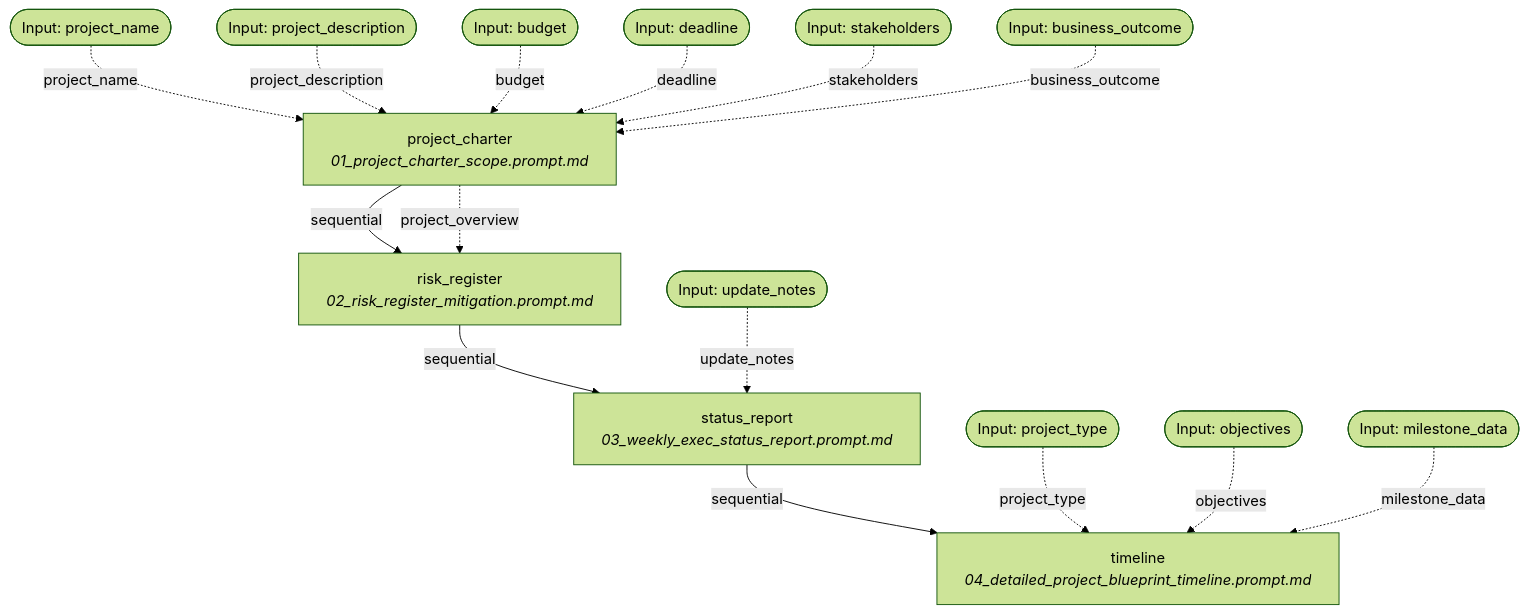
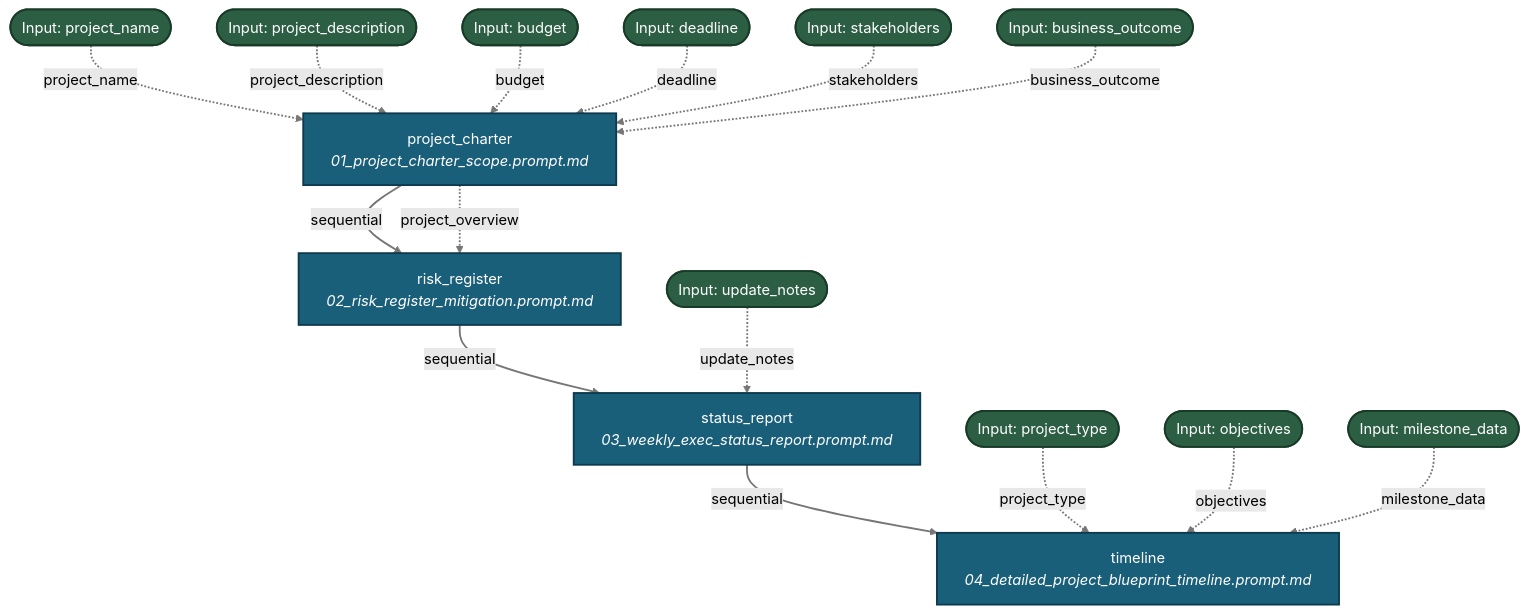
The diagram in docs/workflows/project_management.md (fderuiter/proompts), drawn with Mermaid (forest theme) before and after one commit. The commit also changed 267 other files, not shown here.

````diff
--- a/docs/workflows/project_management.md
+++ b/docs/workflows/project_management.md
@@ -11,31 +11,34 @@
 ```mermaid
 graph TD
-    INPUT_project_name([Input: project_name])
-    INPUT_project_description([Input: project_description])
-    INPUT_budget([Input: budget])
-    INPUT_deadline([Input: deadline])
-    INPUT_stakeholders([Input: stakeholders])
-    INPUT_business_outcome([Input: business_outcome])
-    INPUT_update_notes([Input: update_notes])
-    INPUT_project_type([Input: project_type])
-    INPUT_objectives([Input: objectives])
-    INPUT_milestone_data([Input: milestone_data])
-    project_charter[project_charter<br><i>01_project_charter_scope.prompt.md</i>]
+    classDef stepNode fill:#1a5f7a,stroke:#0d3a4d,stroke-width:2px,color:#ffffff;
+    classDef inputNode fill:#2c5e43,stroke:#183b27,stroke-width:2px,color:#ffffff;
+    INPUT_project_name([Input: project_name]):::inputNode
+    INPUT_project_description([Input: project_description]):::inputNode
+    INPUT_budget([Input: budget]):::inputNode
+    INPUT_deadline([Input: deadline]):::inputNode
+    INPUT_stakeholders([Input: stakeholders]):::inputNode
+    INPUT_business_outcome([Input: business_outcome]):::inputNode
+    INPUT_update_notes([Input: update_notes]):::inputNode
+    INPUT_project_type([Input: project_type]):::inputNode
+    INPUT_objectives([Input: objectives]):::inputNode
+    INPUT_milestone_data([Input: milestone_data]):::inputNode
+    project_charter[project_charter<br><i>01_project_charter_scope.prompt.md</i>]:::stepNode
     INPUT_project_name -. project_name .-> project_charter
     INPUT_project_description -. project_description .-> project_charter
     INPUT_budget -. budget .-> project_charter
     INPUT_deadline -. deadline .-> project_charter
     INPUT_stakeholders -. stakeholders .-> project_charter
     INPUT_business_outcome -. business_outcome .-> project_charter
     project_charter -->|sequential| risk_register
-    risk_register[risk_register<br><i>02_risk_register_mitigation.prompt.md</i>]
+    risk_register[risk_register<br><i>02_risk_register_mitigation.prompt.md</i>]:::stepNode
     project_charter -. project_overview .-> risk_register
     risk_register -->|sequential| status_report
-    status_report[status_report<br><i>03_weekly_exec_status_report.prompt.md</i>]
+    status_report[status_report<br><i>03_weekly_exec_status_report.prompt.md</i>]:::stepNode
     INPUT_update_notes -. update_notes .-> status_report
     status_report -->|sequential| timeline
-    timeline[timeline<br><i>04_detailed_project_blueprint_timeline.prompt.md</i>]
+    timeline[timeline<br><i>04_detailed_project_blueprint_timeline.prompt.md</i>]:::stepNode
     INPUT_project_type -. project_type .-> timeline
     INPUT_objectives -. objectives .-> timeline
     INPUT_milestone_data -. milestone_data .-> timeline
+    linkStyle default stroke:#767676,stroke-width:2px;
 ```
````
